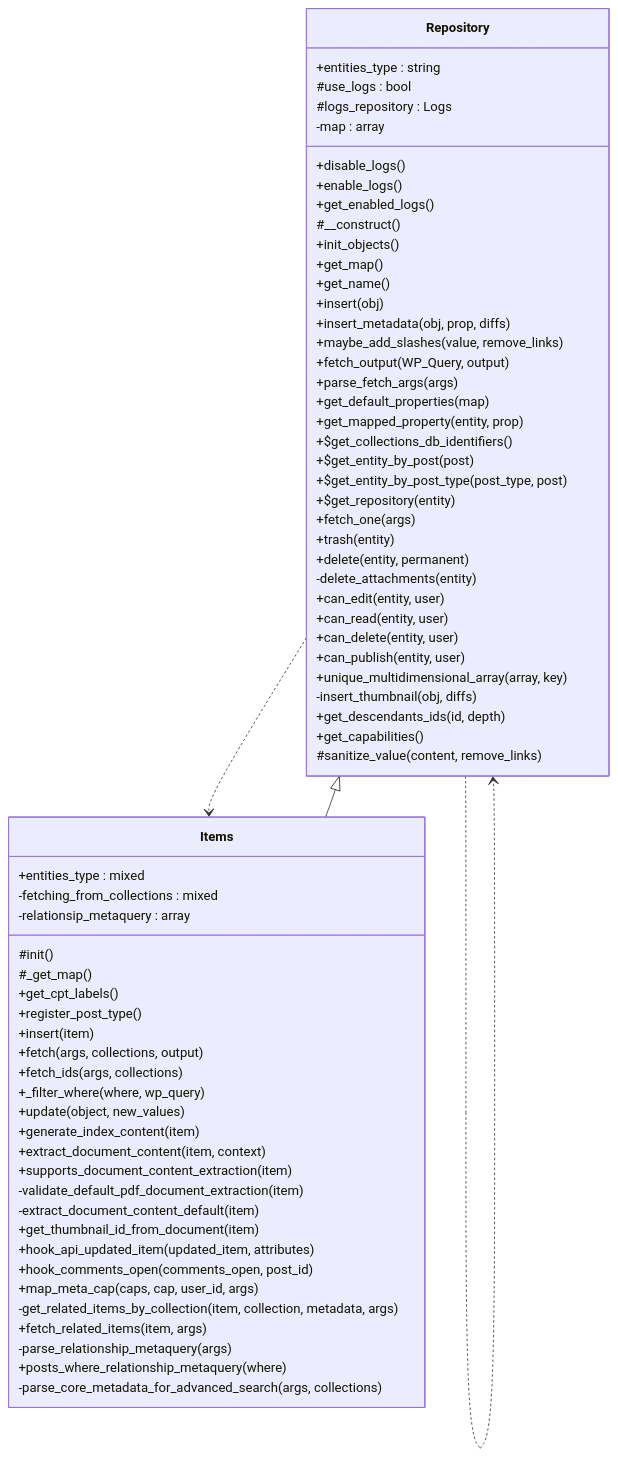
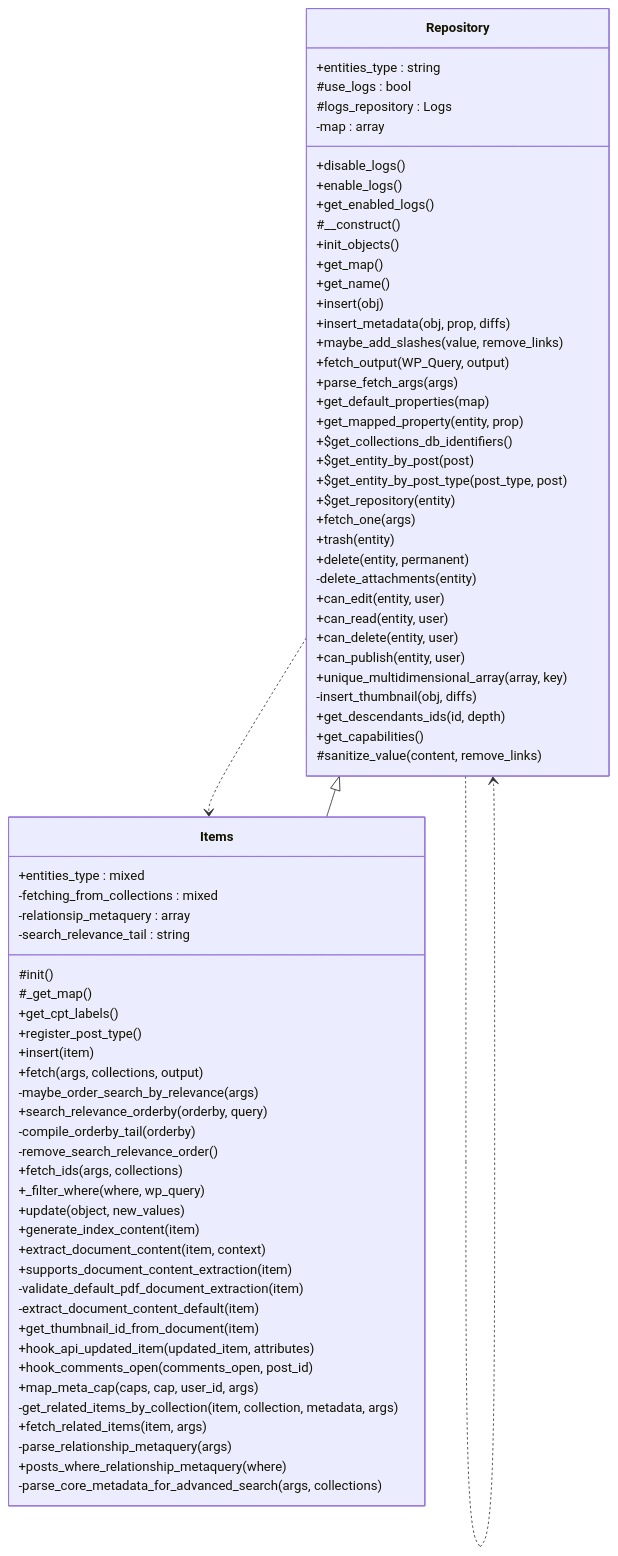
Before and after one commit to tainacan/tainacan: the diagram in docs/phpdoc/classes/Tainacan/Repositories/Items.mmd, drawn with Mermaid. The commit also changed 5 other files, not shown here.

```diff
--- a/docs/phpdoc/classes/Tainacan/Repositories/Items.mmd
+++ b/docs/phpdoc/classes/Tainacan/Repositories/Items.mmd
@@ -1,70 +1,75 @@
 classDiagram
     direction TB
     class Repository {
         +entities_type : string
         #use_logs : bool
         #logs_repository : Logs
         -map : array
         +disable_logs()
         +enable_logs()
         +get_enabled_logs()
         #__construct()
         +init_objects()
         +get_map()
         +get_name()
         +insert(obj)
         +insert_metadata(obj, prop, diffs)
         +maybe_add_slashes(value, remove_links)
         +fetch_output(WP_Query, output)
         +parse_fetch_args(args)
         +get_default_properties(map)
         +get_mapped_property(entity, prop)
         +$get_collections_db_identifiers()
         +$get_entity_by_post(post)
         +$get_entity_by_post_type(post_type, post)
         +$get_repository(entity)
         +fetch_one(args)
         +trash(entity)
         +delete(entity, permanent)
         -delete_attachments(entity)
         +can_edit(entity, user)
         +can_read(entity, user)
         +can_delete(entity, user)
         +can_publish(entity, user)
         +unique_multidimensional_array(array, key)
         -insert_thumbnail(obj, diffs)
         +get_descendants_ids(id, depth)
         +get_capabilities()
         #sanitize_value(content, remove_links)
     }
     class Items {
         +entities_type : mixed
         -fetching_from_collections : mixed
         -relationsip_metaquery : array
+        -search_relevance_tail : string
         #init()
         #_get_map()
         +get_cpt_labels()
         +register_post_type()
         +insert(item)
         +fetch(args, collections, output)
+        -maybe_order_search_by_relevance(args)
+        +search_relevance_orderby(orderby, query)
+        -compile_orderby_tail(orderby)
+        -remove_search_relevance_order()
         +fetch_ids(args, collections)
         +_filter_where(where, wp_query)
         +update(object, new_values)
         +generate_index_content(item)
         +extract_document_content(item, context)
         +supports_document_content_extraction(item)
         -validate_default_pdf_document_extraction(item)
         -extract_document_content_default(item)
         +get_thumbnail_id_from_document(item)
         +hook_api_updated_item(updated_item, attributes)
         +hook_comments_open(comments_open, post_id)
         +map_meta_cap(caps, cap, user_id, args)
         -get_related_items_by_collection(item, collection, metadata, args)
         +fetch_related_items(item, args)
         -parse_relationship_metaquery(args)
         +posts_where_relationship_metaquery(where)
         -parse_core_metadata_for_advanced_search(args, collections)
     }
     Repository ..> Items
     Repository ..> Repository
     Repository <|-- Items
```
